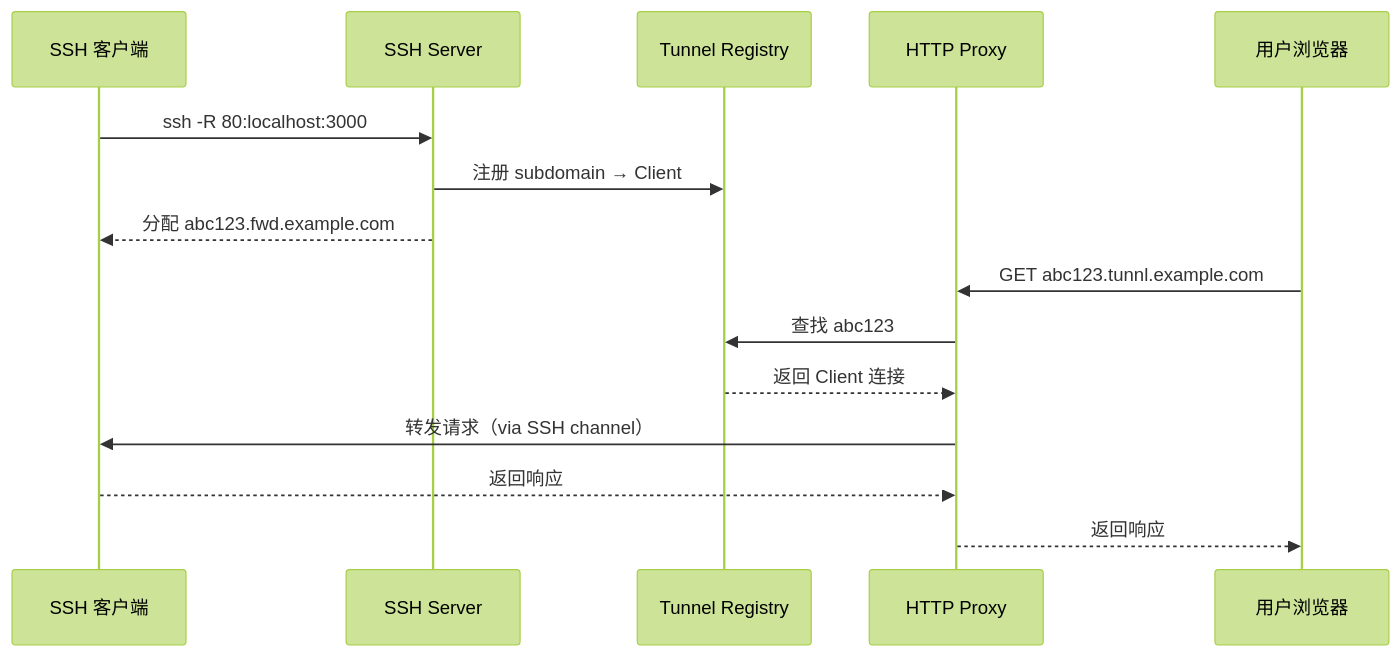
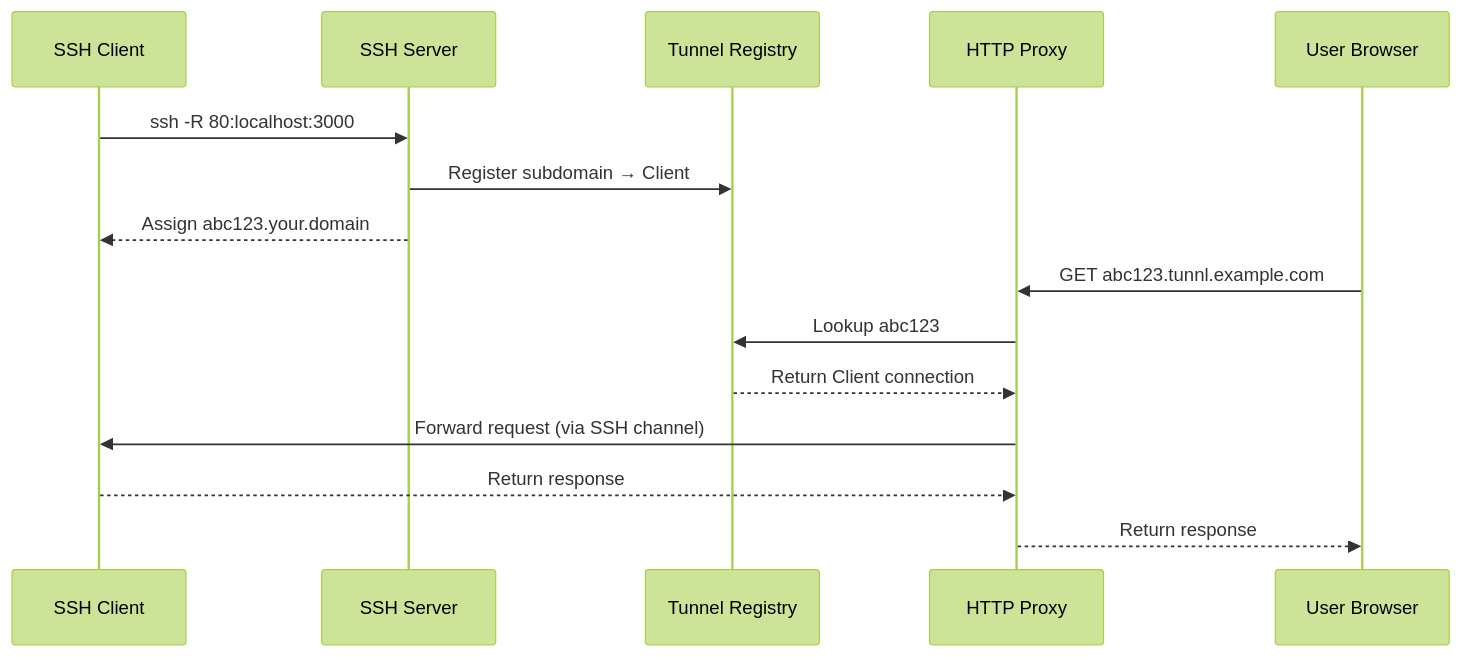
One commit to ZingerLittleBee/EXLO changed the second of 3 diagrams in apps/docs/content/docs/architecture.mdx. Above: the diagram before and after it, drawn with Mermaid (forest theme). The commit also changed other lines of this file and 31 other files, not shown here.

````diff
--- a/apps/docs/content/docs/architecture.mdx
+++ b/apps/docs/content/docs/architecture.mdx
@@ -62,19 +62,19 @@
 ```mermaid
 sequenceDiagram
-    participant Client as SSH 客户端
+    participant Client as SSH Client
     participant SSH as SSH Server
     participant Registry as Tunnel Registry
     participant Proxy as HTTP Proxy
-    participant User as 用户浏览器
+    participant User as User Browser
 
     Client->>SSH: ssh -R 80:localhost:3000
-    SSH->>Registry: 注册 subdomain → Client
-    SSH-->>Client: 分配 abc123.fwd.example.com
+    SSH->>Registry: Register subdomain → Client
+    SSH-->>Client: Assign abc123.your.domain
 
     User->>Proxy: GET abc123.tunnl.example.com
-    Proxy->>Registry: 查找 abc123
-    Registry-->>Proxy: 返回 Client 连接
-    Proxy->>Client: 转发请求（via SSH channel）
-    Client-->>Proxy: 返回响应
-    Proxy-->>User: 返回响应
+    Proxy->>Registry: Lookup abc123
+    Registry-->>Proxy: Return Client connection
+    Proxy->>Client: Forward request (via SSH channel)
+    Client-->>Proxy: Return response
+    Proxy-->>User: Return response
 ```
````
